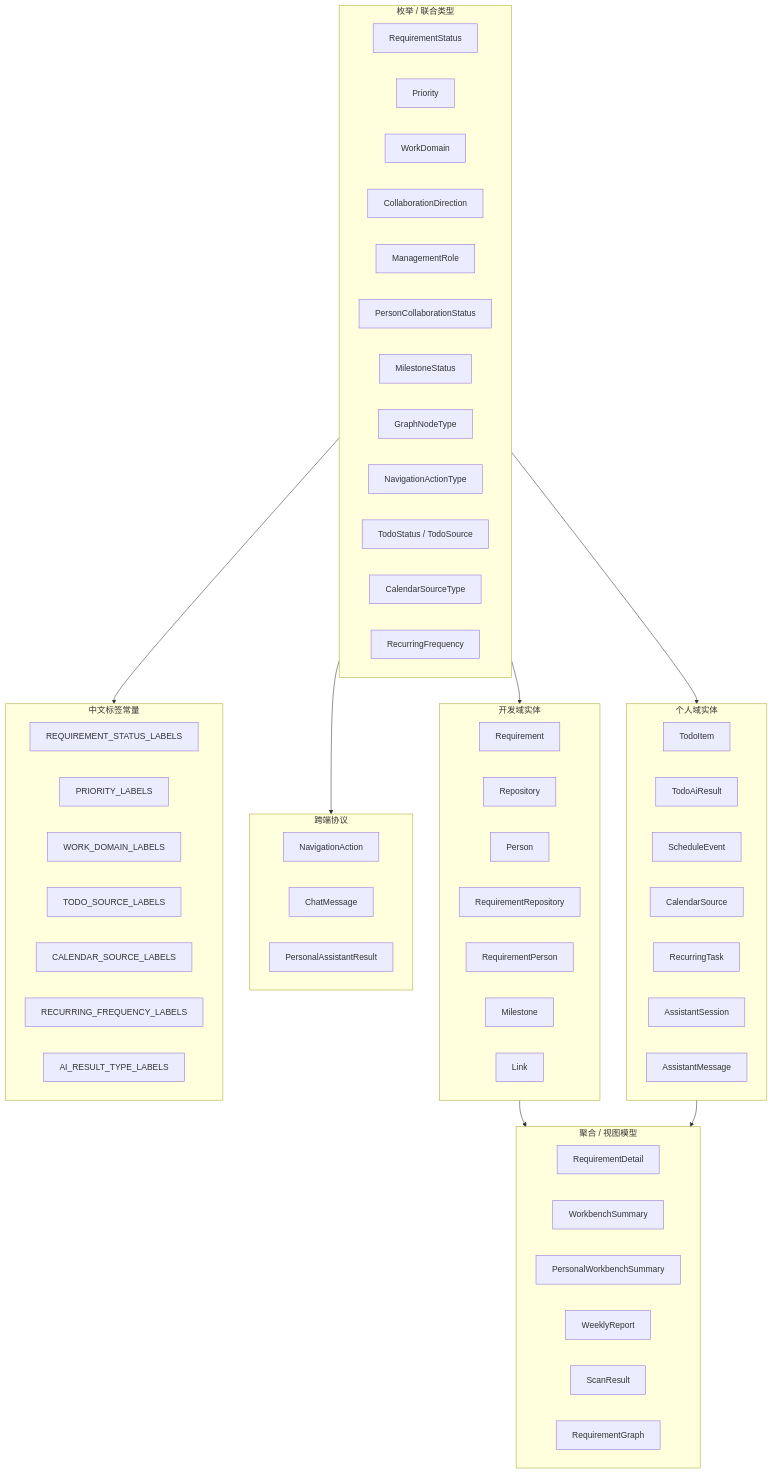
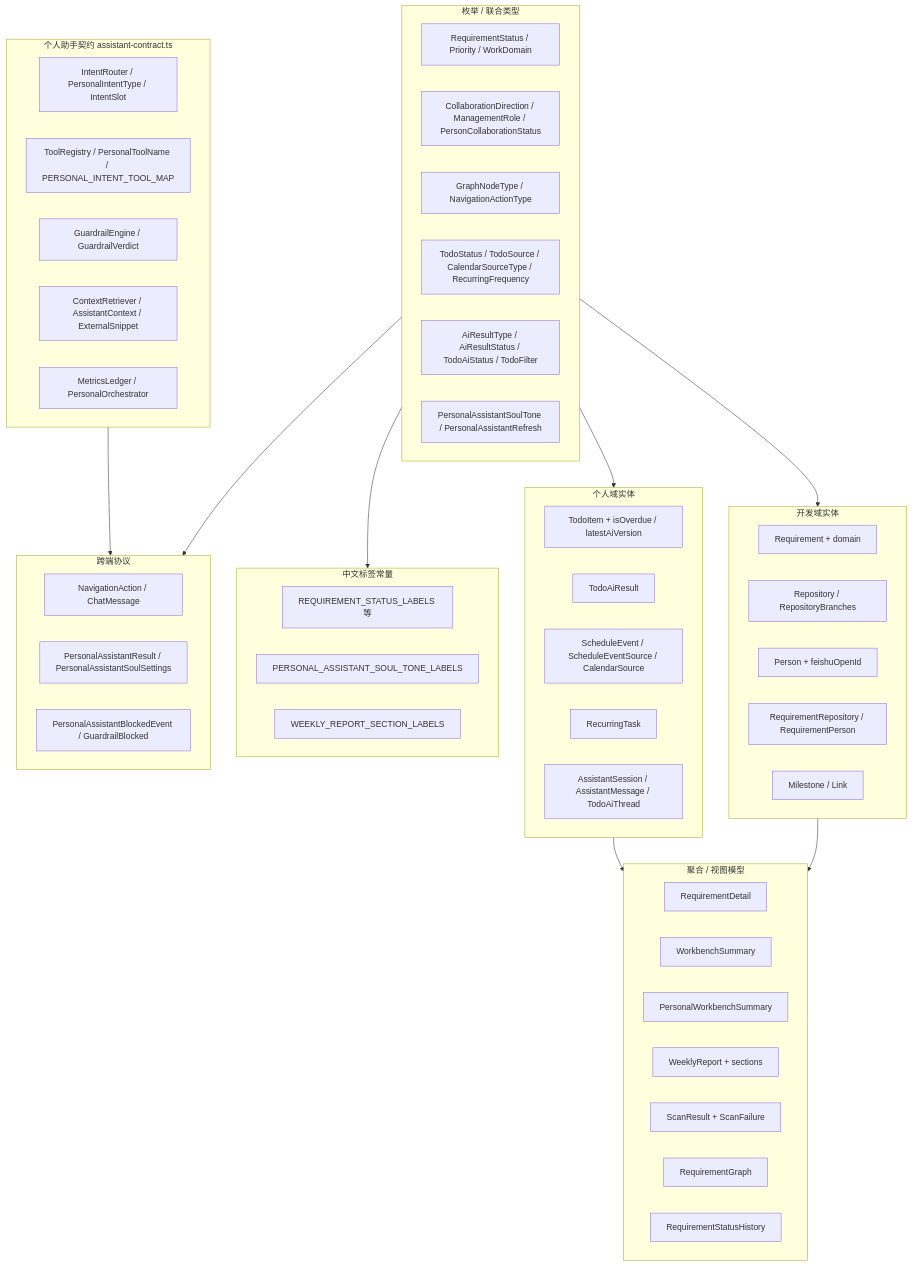
Before and after one commit to Neo-share/personal-work-dashboard: the second of 2 diagrams in shared/ARCHITECTURE.md, drawn with Mermaid. The commit also changed other lines of this file and 5 other files, not shown here.

First line of the commit message:
AI: #000000 同步各包 AGENTS 与 ARCHITECTURE 文档

````diff
--- a/shared/ARCHITECTURE.md
+++ b/shared/ARCHITECTURE.md
@@ -53,69 +61,65 @@
 ```mermaid
 flowchart TB
   subgraph Enums["枚举 / 联合类型"]
-    RS[RequirementStatus]
-    P[Priority]
-    WD[WorkDomain]
-    CD[CollaborationDirection]
-    MR[ManagementRole]
-    PCS[PersonCollaborationStatus]
-    MS[MilestoneStatus]
-    GNT[GraphNodeType]
-    NAT[NavigationActionType]
-    TS[TodoStatus / TodoSource]
-    CS[CalendarSourceType]
-    RF[RecurringFrequency]
+    RS[RequirementStatus / Priority / WorkDomain]
+    Collab[CollaborationDirection / ManagementRole / PersonCollaborationStatus]
+    Graph[GraphNodeType / NavigationActionType]
+    Personal[TodoStatus / TodoSource / CalendarSourceType / RecurringFrequency]
+    AI[AiResultType / AiResultStatus / TodoAiStatus / TodoFilter]
+    Soul[PersonalAssistantSoulTone / PersonalAssistantRefresh]
   end
 
   subgraph EntitiesDev["开发域实体"]
-    Req[Requirement]
-    Repo[Repository]
-    Per[Person]
-    RR[RequirementRepository]
-    RP[RequirementPerson]
-    Mil[Milestone]
-    Lnk[Link]
+    Req[Requirement + domain]
+    Repo[Repository / RepositoryBranches]
+    Per[Person + feishuOpenId]
+    RR[RequirementRepository / RequirementPerson]
+    Mil[Milestone / Link]
   end
 
   subgraph EntitiesPersonal["个人域实体"]
-    Todo[TodoItem]
+    Todo[TodoItem + isOverdue / latestAiVersion]
     AIRes[TodoAiResult]
-    Sch[ScheduleEvent]
-    Cal[CalendarSource]
+    Sch[ScheduleEvent / ScheduleEventSource / CalendarSource]
     Rec[RecurringTask]
-    Sess[AssistantSession]
-    Msg[AssistantMessage]
+    Sess[AssistantSession / AssistantMessage / TodoAiThread]
   end
 
   subgraph Aggregates["聚合 / 视图模型"]
     RD[RequirementDetail]
     WS[WorkbenchSummary]
     PWS[PersonalWorkbenchSummary]
-    WR[WeeklyReport]
-    SR[ScanResult]
+    WR[WeeklyReport + sections]
+    SR[ScanResult + ScanFailure]
     RG[RequirementGraph]
+    Hist[RequirementStatusHistory]
   end
 
   subgraph Protocol["跨端协议"]
-    NA[NavigationAction]
-    CM[ChatMessage]
-    PAR[PersonalAssistantResult]
+    NA[NavigationAction / ChatMessage]
+    PAR[PersonalAssistantResult / PersonalAssistantSoulSettings]
+    Block[PersonalAssistantBlockedEvent / GuardrailBlocked]
+  end
+
+  subgraph AssistantContract["个人助手契约 assistant-contract.ts"]
+    IR[IntentRouter / PersonalIntentType / IntentSlot]
+    TR[ToolRegistry / PersonalToolName / PERSONAL_INTENT_TOOL_MAP]
+    GR[GuardrailEngine / GuardrailVerdict]
+    CR[ContextRetriever / AssistantContext / ExternalSnippet]
+    ML[MetricsLedger / PersonalOrchestrator]
   end
 
   subgraph Labels["中文标签常量"]
-    RSL[REQUIREMENT_STATUS_LABELS]
-    PL[PRIORITY_LABELS]
-    WDL[WORK_DOMAIN_LABELS]
-    TSL[TODO_SOURCE_LABELS]
-    CSL[CALENDAR_SOURCE_LABELS]
-    RFL[RECURRING_FREQUENCY_LABELS]
-    AIL[AI_RESULT_TYPE_LABELS]
+    RSL[REQUIREMENT_STATUS_LABELS 等]
+    SoulL[PERSONAL_ASSISTANT_SOUL_TONE_LABELS]
+    WRL[WEEKLY_REPORT_SECTION_LABELS]
   end
 
   Enums --> EntitiesDev
   Enums --> EntitiesPersonal
   EntitiesDev --> Aggregates
   EntitiesPersonal --> Aggregates
   Enums --> Labels
   Enums --> Protocol
+  AssistantContract --> Protocol
 ```
````
